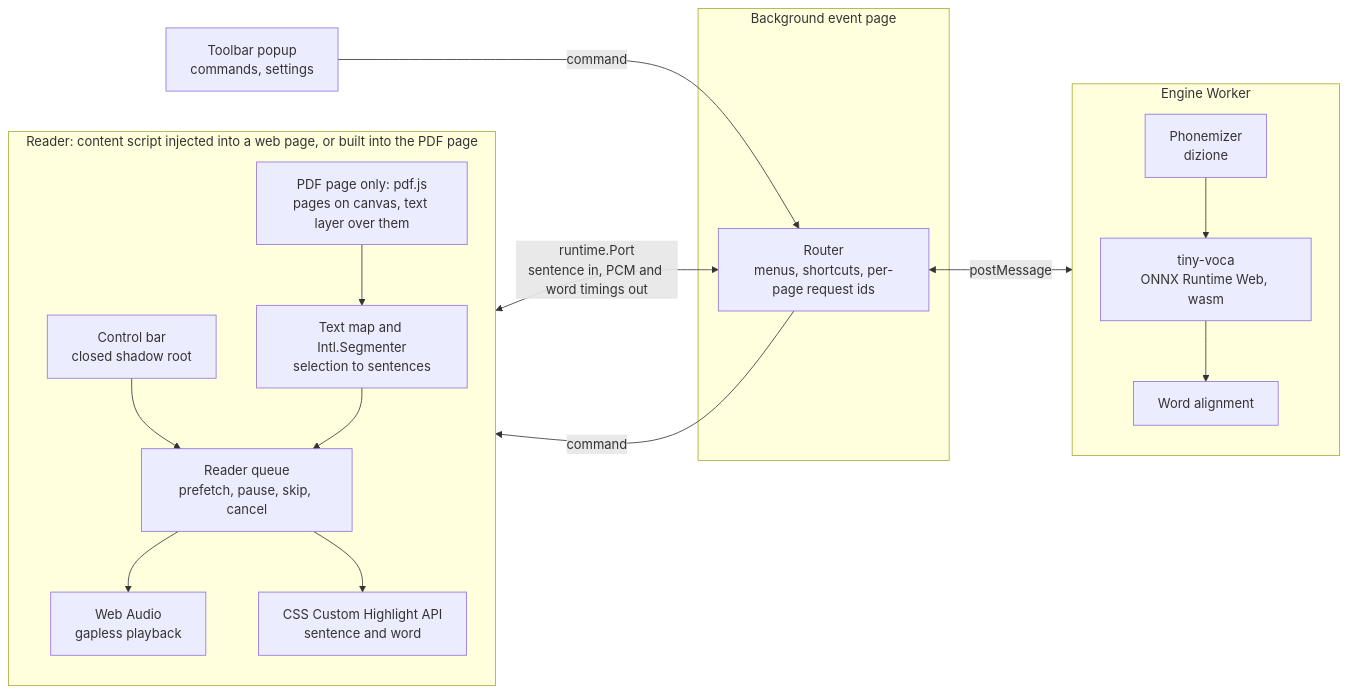
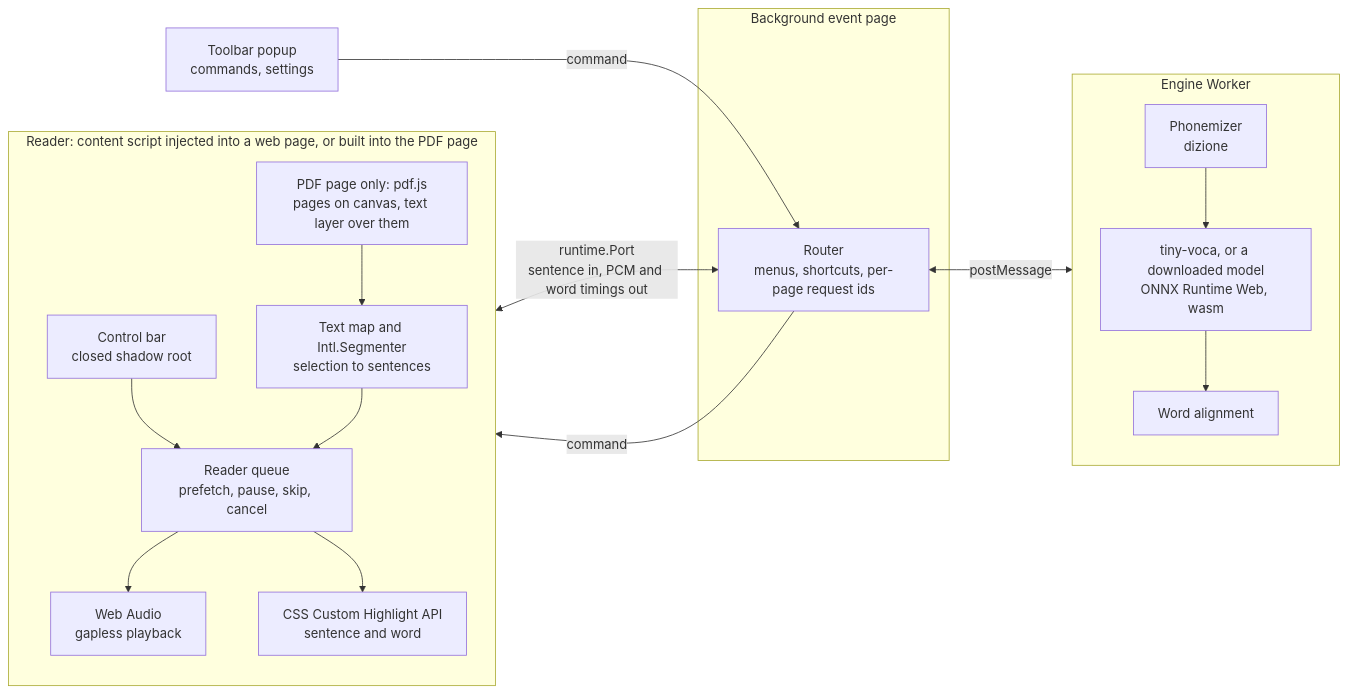
The diagram in docs/ARCHITECTURE.md (GitThisJoel/tiny-reader), drawn with Mermaid before and after one commit. The commit also changed other lines of this file and 5 other files, not shown here.

````diff
--- a/docs/ARCHITECTURE.md
+++ b/docs/ARCHITECTURE.md
@@ -5,36 +5,36 @@
 ```mermaid
 flowchart LR
   subgraph page["Reader: content script injected into a web page, or built into the PDF page"]
     direction TB
     pdf["PDF page only: pdf.js<br/>pages on canvas, text layer over them"]
     bar["Control bar<br/>closed shadow root"]
     text["Text map and Intl.Segmenter<br/>selection to sentences"]
     pdf --> text
     reader["Reader queue<br/>prefetch, pause, skip, cancel"]
     audio["Web Audio<br/>gapless playback"]
     marks["CSS Custom Highlight API<br/>sentence and word"]
     bar --> reader
     text --> reader
     reader --> audio
     reader --> marks
   end
 
   subgraph background["Background event page"]
     router["Router<br/>menus, shortcuts, per-page request ids"]
   end
 
   popup["Toolbar popup<br/>commands, settings"]
 
   subgraph worker["Engine Worker"]
     direction TB
     phonemizer["Phonemizer<br/>dizione"]
-    model["tiny-voca<br/>ONNX Runtime Web, wasm"]
+    model["tiny-voca, or a downloaded model<br/>ONNX Runtime Web, wasm"]
     align["Word alignment"]
     phonemizer --> model --> align
   end
 
   reader <-->|"runtime.Port<br/>sentence in, PCM and word timings out"| router
   router <-->|"postMessage"| worker
   popup -->|"command"| router
   router -->|"command"| bar
 ```
````
